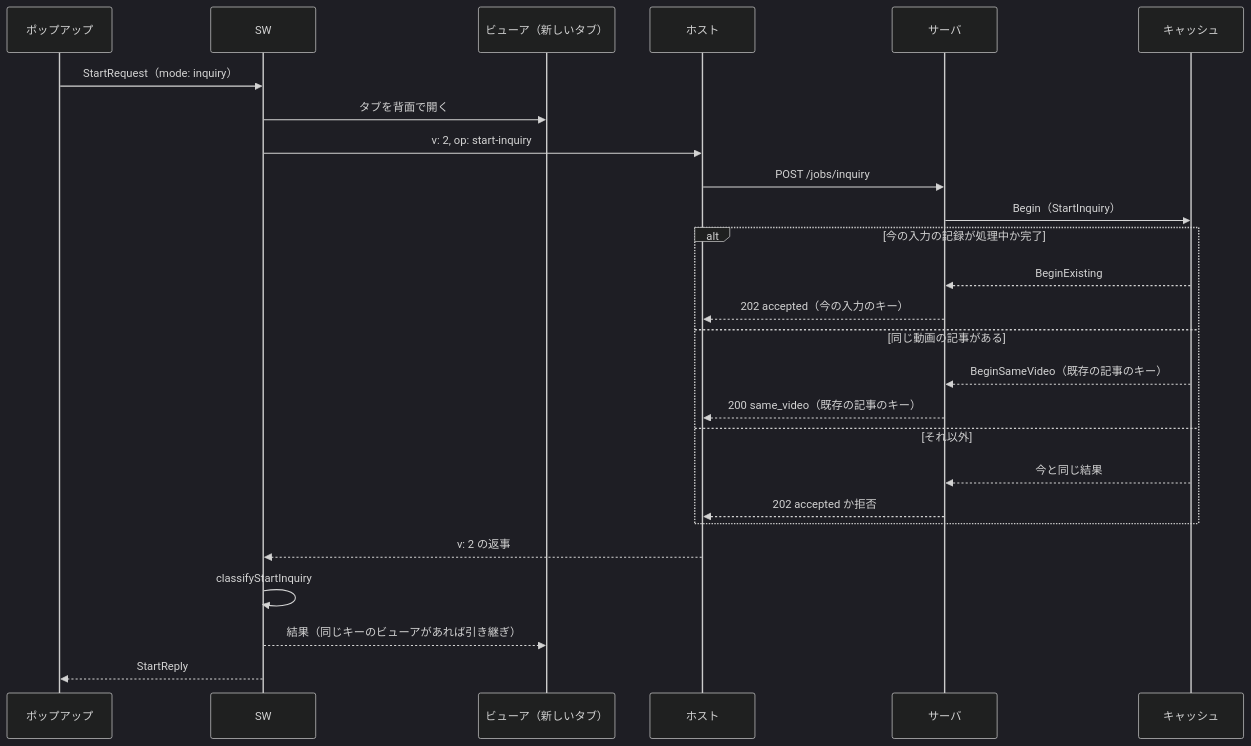
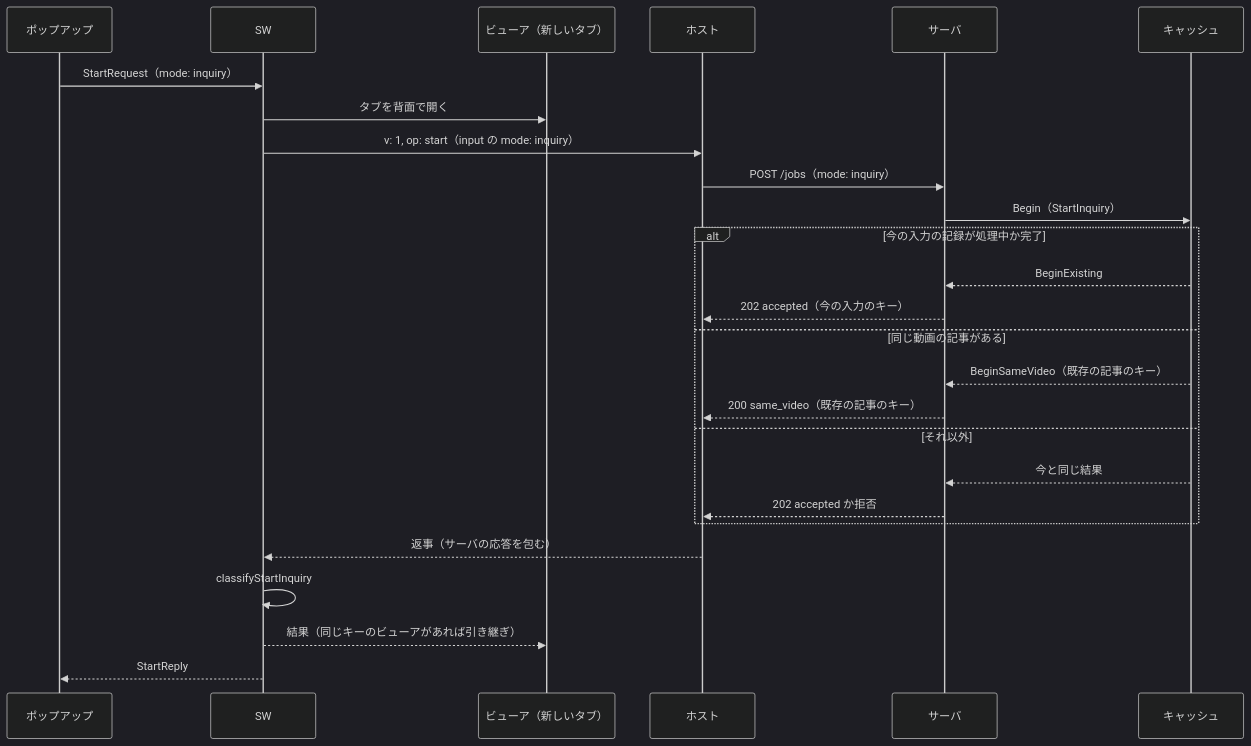
Before and after one commit to isseis/yt2column: the fourth of 5 diagrams in docs/tasks/0058_same_video_article/02_architecture.md, drawn with Mermaid (dark theme). The commit also changed other lines of this file and 1 other file, not shown here.

First line of the commit message:
docs(0058): drop version compatibility and declare the send mode in the body

````diff
--- a/docs/tasks/0058_same_video_article/02_architecture.md
+++ b/docs/tasks/0058_same_video_article/02_architecture.md
@@ -861,29 +746,29 @@
 ```mermaid
 sequenceDiagram
     participant P as ポップアップ
     participant W as SW
     participant V as ビューア（新しいタブ）
     participant H as ホスト
     participant S as サーバ
     participant C as キャッシュ
 
     P->>W: StartRequest（mode: inquiry）
     W->>V: タブを背面で開く
-    W->>H: v: 2, op: start-inquiry
-    H->>S: POST /jobs/inquiry
+    W->>H: v: 1, op: start（input の mode: inquiry）
+    H->>S: POST /jobs（mode: inquiry）
     S->>C: Begin（StartInquiry）
     alt 今の入力の記録が処理中か完了
         C-->>S: BeginExisting
         S-->>H: 202 accepted（今の入力のキー）
     else 同じ動画の記事がある
         C-->>S: BeginSameVideo（既存の記事のキー）
         S-->>H: 200 same_video（既存の記事のキー）
     else それ以外
         C-->>S: 今と同じ結果
         S-->>H: 202 accepted か拒否
     end
-    H-->>W: v: 2 の返事
+    H-->>W: 返事（サーバの応答を包む）
     W->>W: classifyStartInquiry
     W-->>V: 結果（同じキーのビューアがあれば引き継ぎ）
     W-->>P: StartReply
 ```
````
